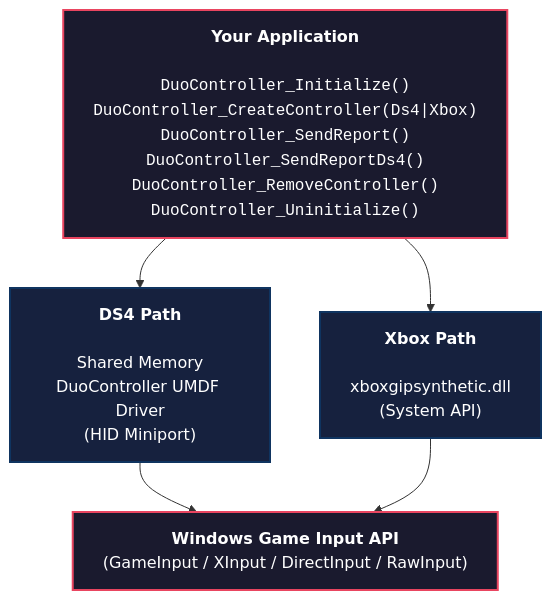
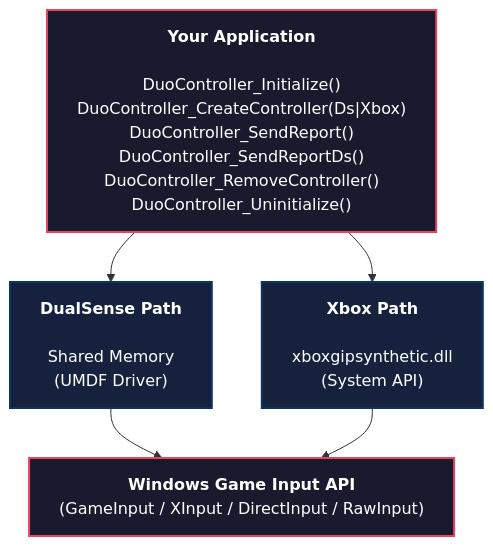
One commit to DuoStream/EmuController changed the diagram in README.md. Above: the diagram before and after it, drawn with Mermaid. The commit also changed other lines of this file and 12 other files, not shown here.

Commit message:
Upgraded from DualShock 4 to DualSense Edge

````diff
--- a/README.md
+++ b/README.md
@@ -53,17 +56,17 @@
 ```mermaid
 flowchart TB
-    App["<b>Your Application</b><br/><br/><code>DuoController_Initialize()<br/><span style='white-space:nowrap;color:inherit'>DuoController_CreateController(Ds4|Xbox)</span><br/>DuoController_SendReport()<br/>DuoController_SendReportDs4()<br/>DuoController_RemoveController()<br/>DuoController_Uninitialize()</code>"]
-    DS4["<b>DS4 Path</b><br/><br/>Shared Memory<br/>DuoController UMDF Driver<br/>(HID Miniport)"]
+    App["<b>Your Application</b><br/><br/>DuoController_Initialize()<br/><span style='white-space:nowrap;color:inherit'>DuoController_CreateController(Ds|Xbox)</span><br/>DuoController_SendReport()<br/>DuoController_SendReportDs()<br/>DuoController_RemoveController()<br/>DuoController_Uninitialize()"]
+    DS["<b>DualSense Path</b><br/><br/>Shared Memory<br/>(UMDF Driver)"]
     Xbox["<b>Xbox Path</b><br/><br/>xboxgipsynthetic.dll<br/>(System API)"]
     Input["<b>Windows Game Input API</b><br/><span style='white-space:nowrap;color:inherit'>(GameInput / XInput / DirectInput / RawInput)</span>"]
 
-    App --> DS4
+    App --> DS
     App --> Xbox
-    DS4 --> Input
+    DS --> Input
     Xbox --> Input
 
     style App fill:#1a1a2e,stroke:#e94560,stroke-width:2px,color:#fff
-    style DS4 fill:#16213e,stroke:#0f3460,stroke-width:2px,color:#fff
+    style DS fill:#16213e,stroke:#0f3460,stroke-width:2px,color:#fff
     style Xbox fill:#16213e,stroke:#0f3460,stroke-width:2px,color:#fff
     style Input fill:#1a1a2e,stroke:#e94560,stroke-width:2px,color:#fff
 ```
````
